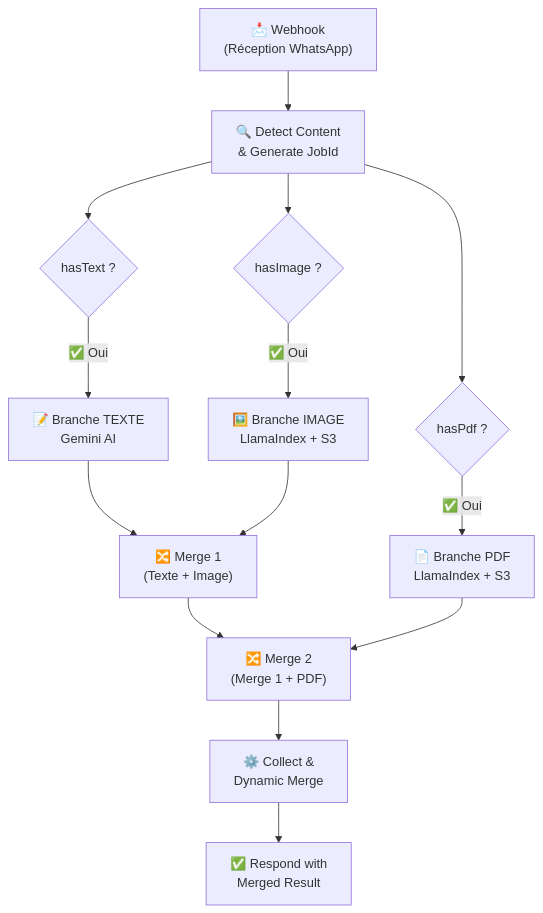
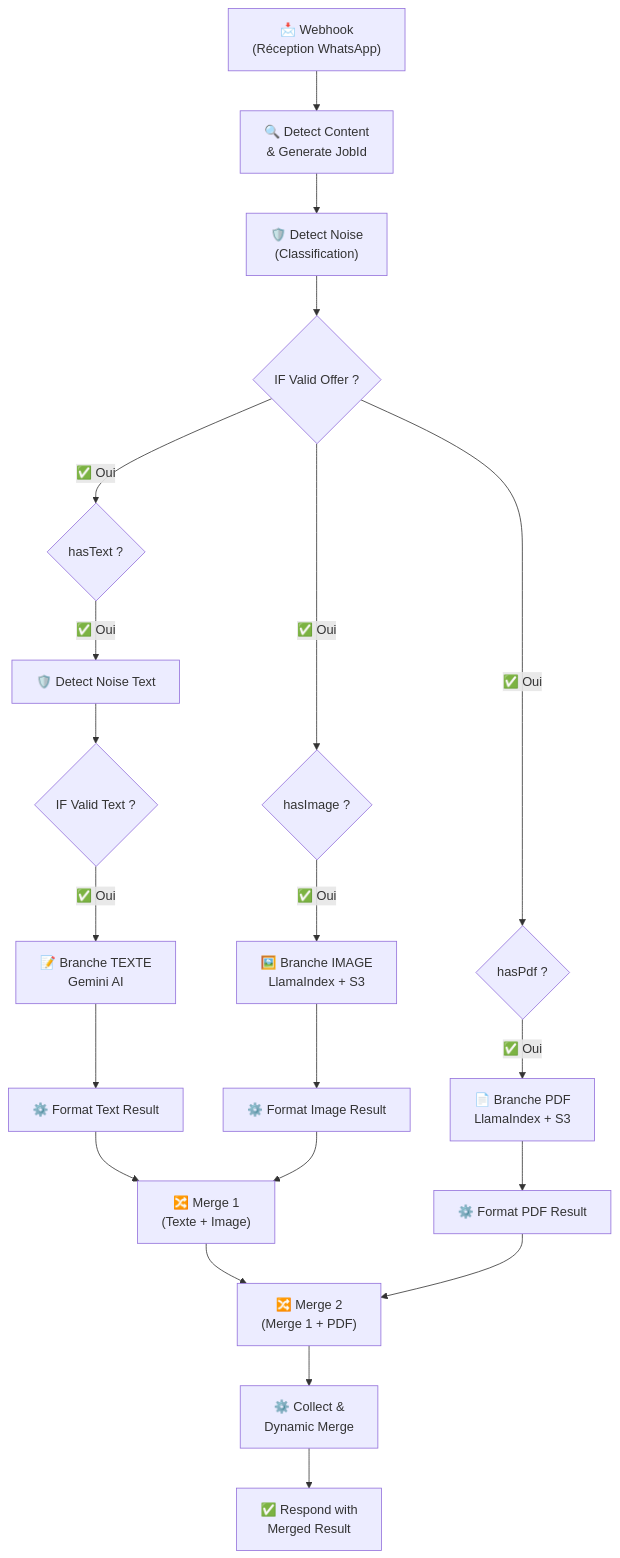
Before and after one commit to anismhaddouche/TrackTreck: the first of 2 diagrams in docs/n8n_workflows_documentation.md, drawn with Mermaid. The commit also changed other lines of this file and 1 other file, not shown here.

````diff
--- a/docs/n8n_workflows_documentation.md
+++ b/docs/n8n_workflows_documentation.md
@@ -51,20 +51,30 @@
 ```mermaid
 graph TD
     A["📩 Webhook<br/>(Réception WhatsApp)"] --> B["🔍 Detect Content<br/>& Generate JobId"]
     
-    B --> C{"hasText ?"}
-    B --> D{"hasImage ?"}
-    B --> E{"hasPdf ?"}
+    B --> N["🛡️ Detect Noise<br/>(Classification)"]
+    N --> VO{"IF Valid Offer ?"}
     
-    C -->|✅ Oui| F["📝 Branche TEXTE<br/>Gemini AI"]
+    VO -->|✅ Oui| C{"hasText ?"}
+    VO -->|✅ Oui| D{"hasImage ?"}
+    VO -->|✅ Oui| E{"hasPdf ?"}
+    
+    C -->|✅ Oui| NT["🛡️ Detect Noise Text"]
+    NT --> VTO{"IF Valid Text ?"}
+    VTO -->|✅ Oui| F["📝 Branche TEXTE<br/>Gemini AI"]
+    
     D -->|✅ Oui| G["🖼️ Branche IMAGE<br/>LlamaIndex + S3"]
     E -->|✅ Oui| H["📄 Branche PDF<br/>LlamaIndex + S3"]
     
-    F --> I["🔀 Merge 1<br/>(Texte + Image)"]
-    G --> I
+    F --> FT["⚙️ Format Text Result"]
+    G --> FI["⚙️ Format Image Result"]
+    H --> FP["⚙️ Format PDF Result"]
+    
+    FT --> I["🔀 Merge 1<br/>(Texte + Image)"]
+    FI --> I
     I --> J["🔀 Merge 2<br/>(Merge 1 + PDF)"]
-    H --> J
+    FP --> J
     
     J --> K["⚙️ Collect &<br/>Dynamic Merge"]
     K --> L["✅ Respond with<br/>Merged Result"]
 ```
````
